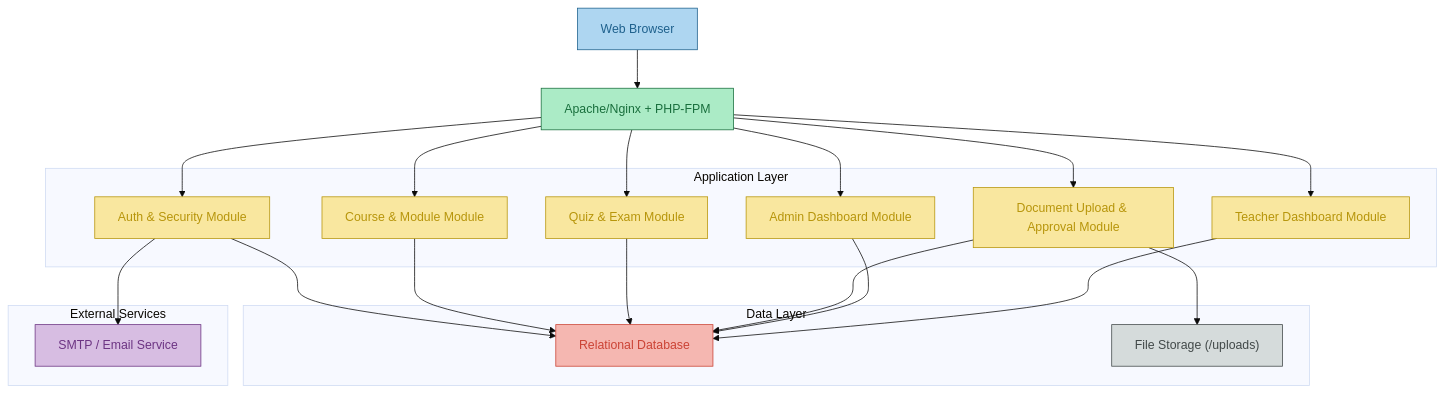
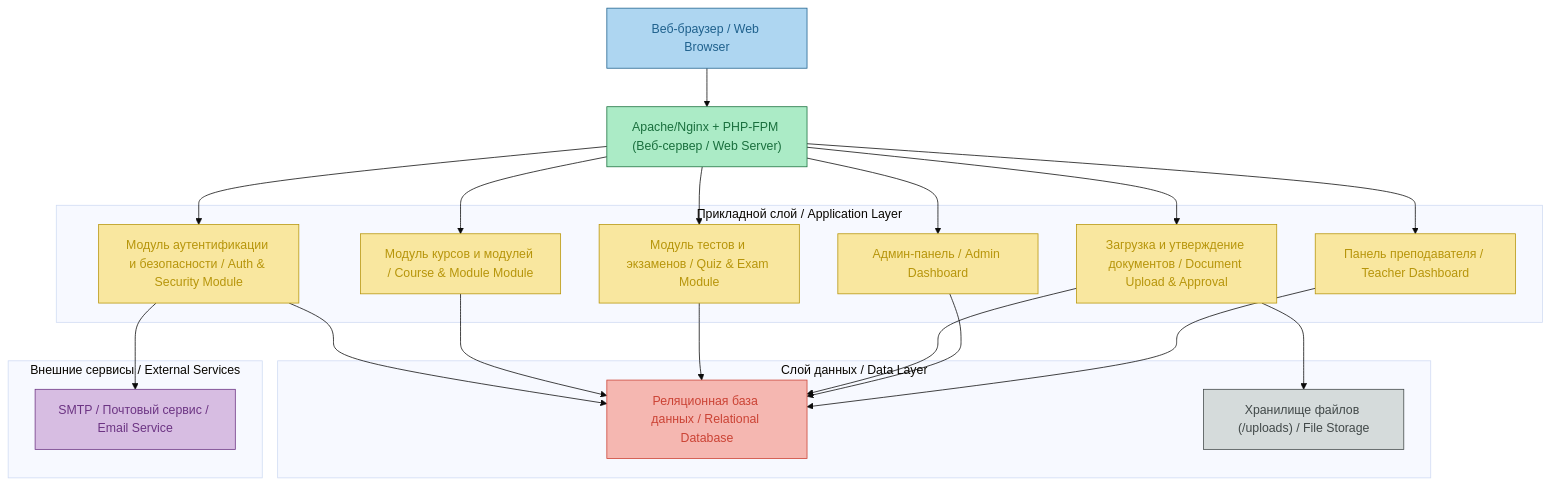
The third of 3 diagrams in README.md (OlegMTO/bgitu_do), drawn with Mermaid (base theme) before and after one commit.

````diff
--- a/README.md
+++ b/README.md
@@ -101,57 +101,58 @@
 ```mermaid
 flowchart TD
-    %% Client Layer
-    Browser["Web Browser"]:::frontend
+    %% Клиентский слой / Client Layer
+    Browser["Веб-браузер / Web Browser"]:::frontend
 
-    %% Web Server Layer
-    WebServer["Apache/Nginx + PHP-FPM"]:::server
+    %% Веб-сервер / Web Server Layer
+    WebServer["Apache/Nginx + PHP-FPM (Веб-сервер / Web Server)"]:::server
 
-    %% Application Layer
-    subgraph "Application Layer"
-        AuthModule["Auth & Security Module"]:::module
-        CourseModule["Course & Module Module"]:::module
-        QuizModule["Quiz & Exam Module"]:::module
-        DocModule["Document Upload & Approval Module"]:::module
-        AdminModule["Admin Dashboard Module"]:::module
-        TeacherModule["Teacher Dashboard Module"]:::module
+    %% Прикладной слой / Application Layer
+    subgraph "Прикладной слой / Application Layer"
+        AuthModule["Модуль аутентификации и безопасности / Auth & Security Module"]:::module
+        CourseModule["Модуль курсов и модулей / Course & Module Module"]:::module
+        QuizModule["Модуль тестов и экзаменов / Quiz & Exam Module"]:::module
+        DocModule["Загрузка и утверждение документов / Document Upload & Approval"]:::module
+        AdminModule["Админ-панель / Admin Dashboard"]:::module
+        TeacherModule["Панель преподавателя / Teacher Dashboard"]:::module
     end
 
-    %% Data Layer
-    subgraph "Data Layer"
-        DB["Relational Database"]:::database
-        FileStore["File Storage (/uploads)"]:::filesystem
+    %% Слой данных / Data Layer
+    subgraph "Слой данных / Data Layer"
+        DB["Реляционная база данных / Relational Database"]:::database
+        FileStore["Хранилище файлов (/uploads) / File Storage"]:::filesystem
     end
 
-    %% External Services
-    subgraph "External Services"
-        EmailService["SMTP / Email Service"]:::external
+    %% Внешние сервисы / External Services
+    subgraph "Внешние сервисы / External Services"
+        EmailService["SMTP / Почтовый сервис / Email Service"]:::external
     end
 
-    %% Connections
+    %% Связи / Connections
     Browser --> WebServer
     WebServer --> AuthModule
     WebServer --> CourseModule
     WebServer --> QuizModule
     WebServer --> DocModule
     WebServer --> AdminModule
     WebServer --> TeacherModule
 
     AuthModule --> DB
     CourseModule --> DB
     QuizModule --> DB
     DocModule --> FileStore
     DocModule --> DB
     AdminModule --> DB
     TeacherModule --> DB
 
     AuthModule --> EmailService
 
-    %% Styles
+    %% Стили / Styles
     classDef frontend fill:#AED6F1,stroke:#1F618D,color:#1F618D
     classDef server fill:#ABEBC6,stroke:#196F3D,color:#196F3D
     classDef module fill:#F9E79F,stroke:#B7950B,color:#B7950B
     classDef database fill:#F5B7B1,stroke:#CB4335,color:#CB4335
     classDef filesystem fill:#D5DBDB,stroke:#424949,color:#424949
     classDef external fill:#D7BDE2,stroke:#6C3483,color:#6C3483
 
+
 ```
````
